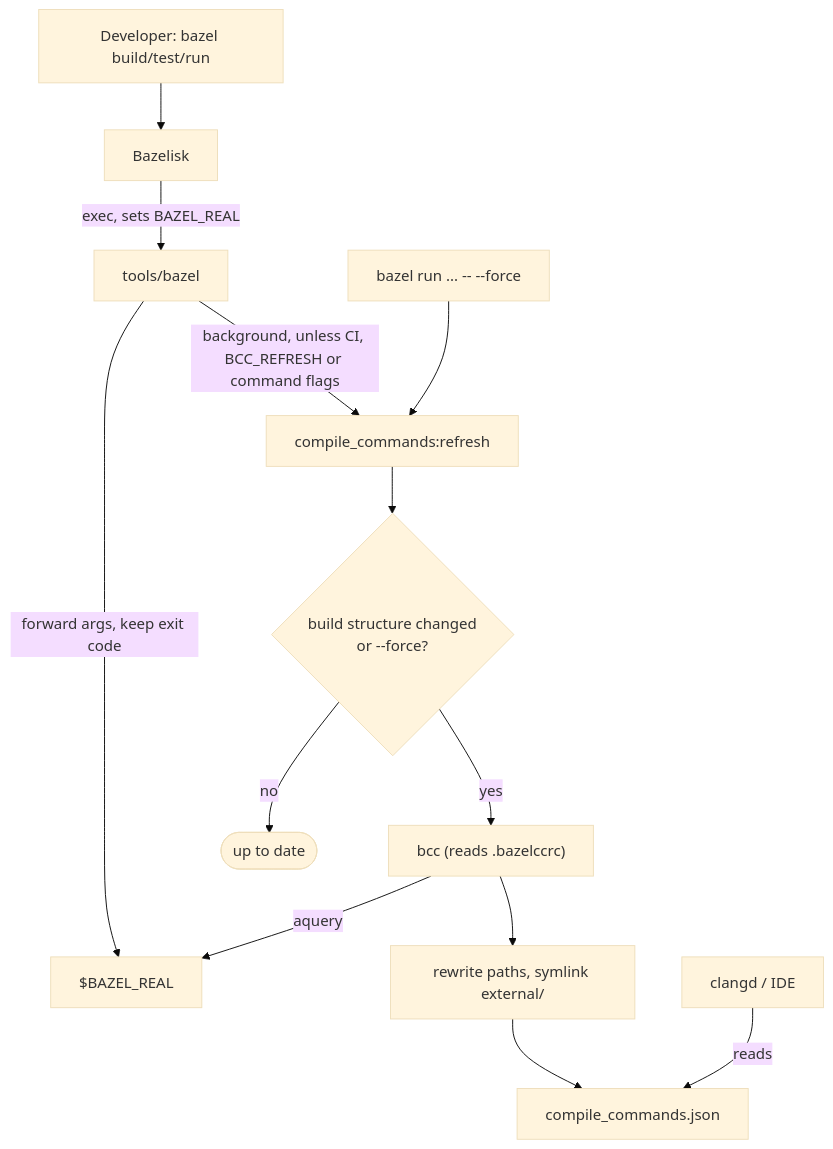
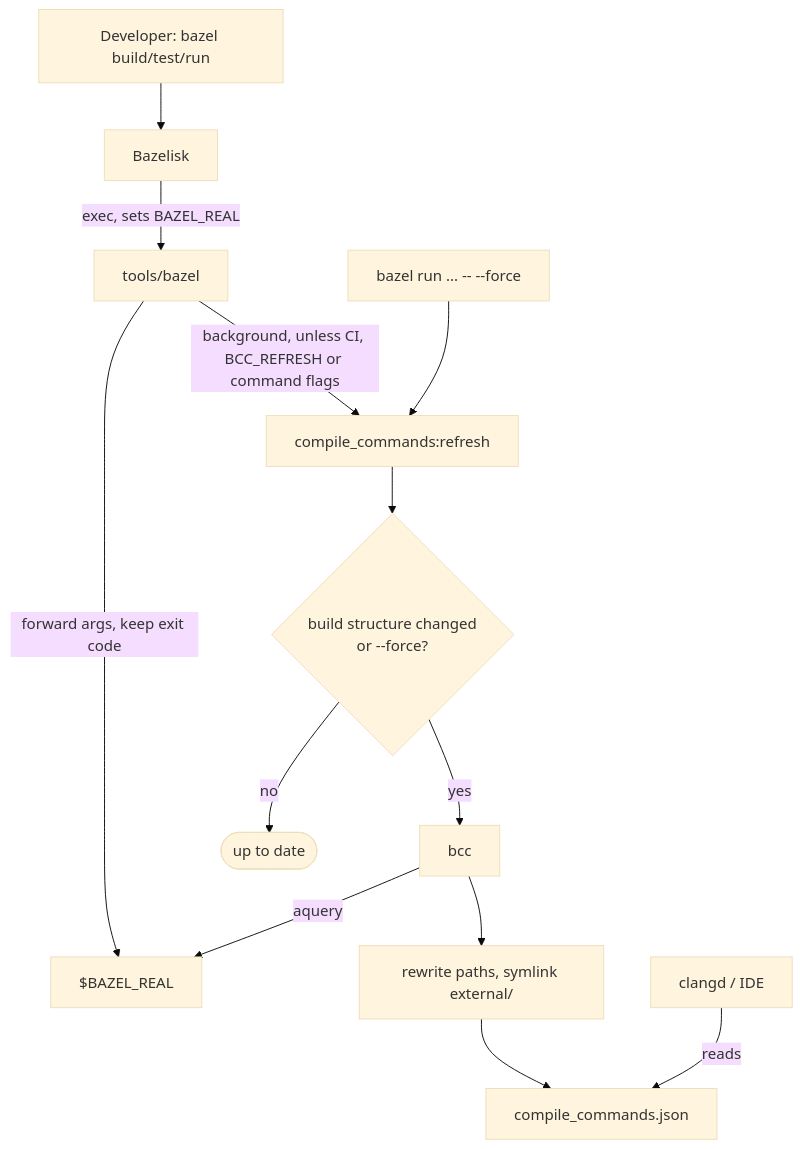
The diagram in tools/compile_commands/README.md (swift-nav/rules_swiftnav), drawn with Mermaid (base theme) before and after one commit. The commit also changed other lines of this file and 3 other files, not shown here.

````diff
--- a/tools/compile_commands/README.md
+++ b/tools/compile_commands/README.md
@@ -39,15 +40,15 @@
 ```mermaid
 flowchart TD
     Dev["Developer: bazel build/test/run"] --> Bazelisk
     Bazelisk -->|"exec, sets BAZEL_REAL"| Wrapper["tools/bazel"]
     Wrapper -->|"forward args, keep exit code"| Bazel["$BAZEL_REAL"]
     Wrapper -->|"background, unless CI, BCC_REFRESH or command flags"| Refresh["compile_commands:refresh"]
     Manual["bazel run ... -- --force"] --> Refresh
     Refresh --> Stale{"build structure changed<br/>or --force?"}
     Stale -- no --> Done(["up to date"])
-    Stale -- yes --> BCC["bcc (reads .bazelccrc)"]
+    Stale -- yes --> BCC["bcc"]
     BCC -->|"aquery"| Bazel
     BCC --> Rewrite["rewrite paths, symlink external/"]
     Rewrite --> DB["compile_commands.json"]
     Clangd["clangd / IDE"] -->|"reads"| DB
 ```
````
